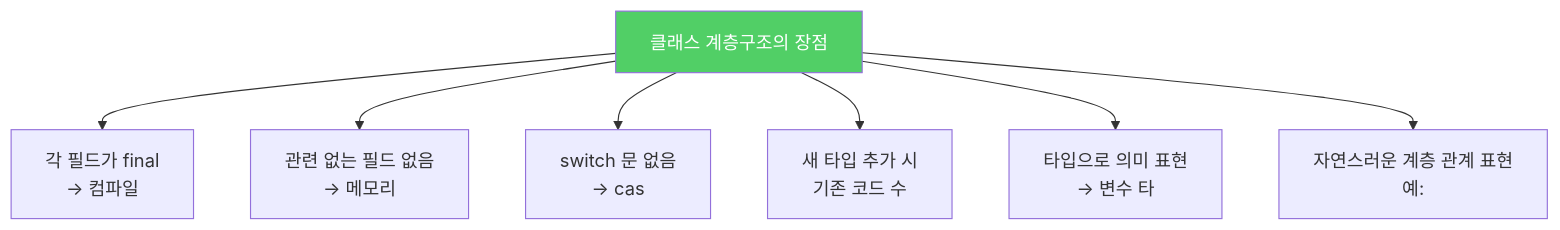
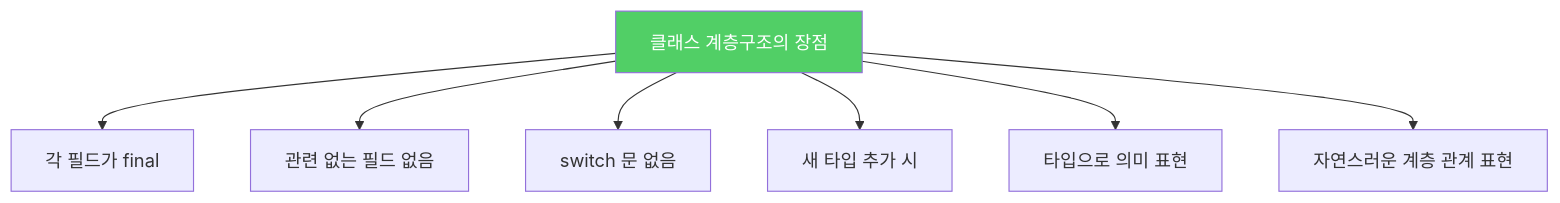
Before and after one commit to yjkim2015/yjkim2015.github.io: the third of 4 diagrams in _posts/java/2022-01-04-effective-java23.md, drawn with Mermaid. The commit also changed other lines of this file and 217 other files, not shown here.

First line of the commit message:
Mermaid 크기 수정: useMaxWidth:true + SVG max-width:100% + 라벨 축소

````diff
--- a/_posts/java/2022-01-04-effective-java23.md
+++ b/_posts/java/2022-01-04-effective-java23.md
@@ -153,10 +153,10 @@
 ```mermaid
 graph TD
-    A["클래스 계층구조의 장점"] --> B["각 필드가 final\n→ 컴파일"]
-    A --> C["관련 없는 필드 없음\n→ 메모리"]
-    A --> D["switch 문 없음\n→ cas"]
-    A --> E["새 타입 추가 시\n기존 코드 수"]
-    A --> F["타입으로 의미 표현\n→ 변수 타"]
-    A --> G["자연스러운 계층 관계 표현\n예:"]
+    A["클래스 계층구조의 장점"] --> B["각 필드가 final"]
+    A --> C["관련 없는 필드 없음"]
+    A --> D["switch 문 없음"]
+    A --> E["새 타입 추가 시"]
+    A --> F["타입으로 의미 표현"]
+    A --> G["자연스러운 계층 관계 표현"]
     style A fill:#51cf66,color:#fff
 ```
````
